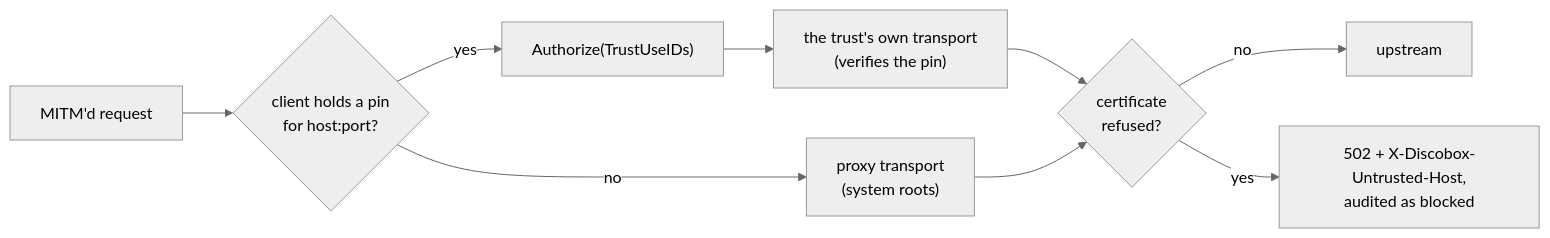
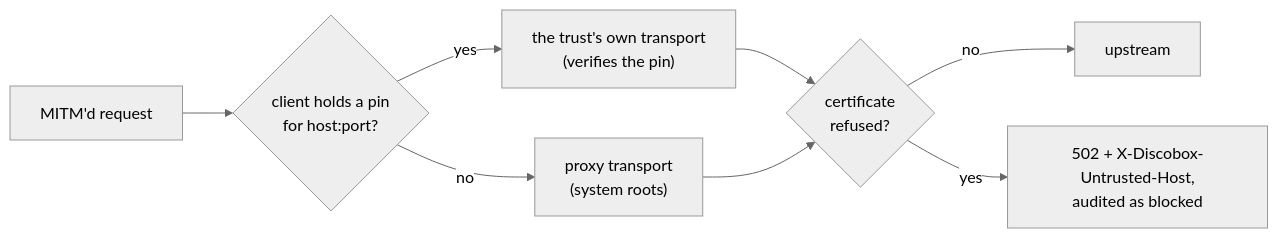
Before and after one commit to discobox-ai/discobox: the fifth of 5 diagrams in proxy/DESIGN.md, drawn with Mermaid (neutral theme). The commit also changed other lines of this file and 681 other files, not shown here.

````diff
--- a/proxy/DESIGN.md
+++ b/proxy/DESIGN.md
@@ -895,10 +850,10 @@
 ```mermaid
 flowchart LR
     req["MITM'd request"] --> lookup{"client holds a pin\nfor host:port?"}
-    lookup -->|yes| judge["Authorize(TrustUseIDs)"] --> pinned["the trust's own transport\n(verifies the pin)"]
+    lookup -->|yes| pinned["the trust's own transport\n(verifies the pin)"]
     lookup -->|no| default["proxy transport\n(system roots)"]
     pinned --> refused{"certificate\nrefused?"}
     default --> refused
     refused -->|no| upstream["upstream"]
     refused -->|yes| bad["502 + X-Discobox-Untrusted-Host,\naudited as blocked"]
 ```
````
